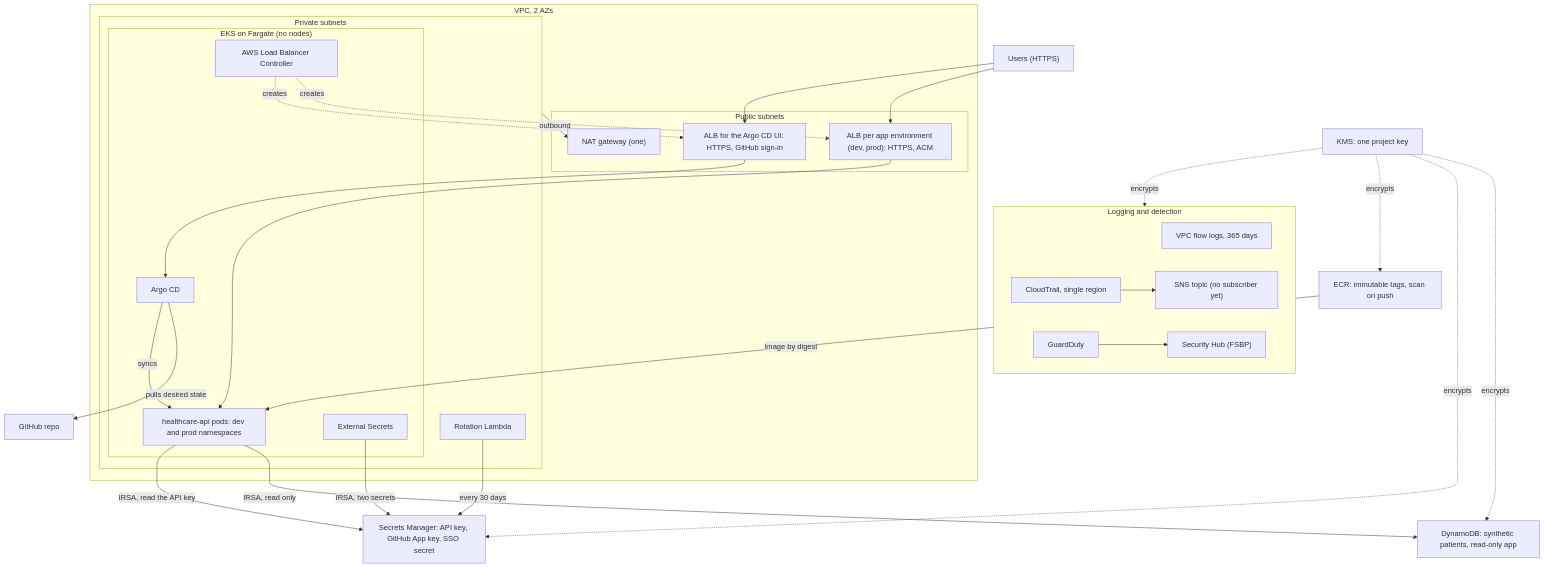
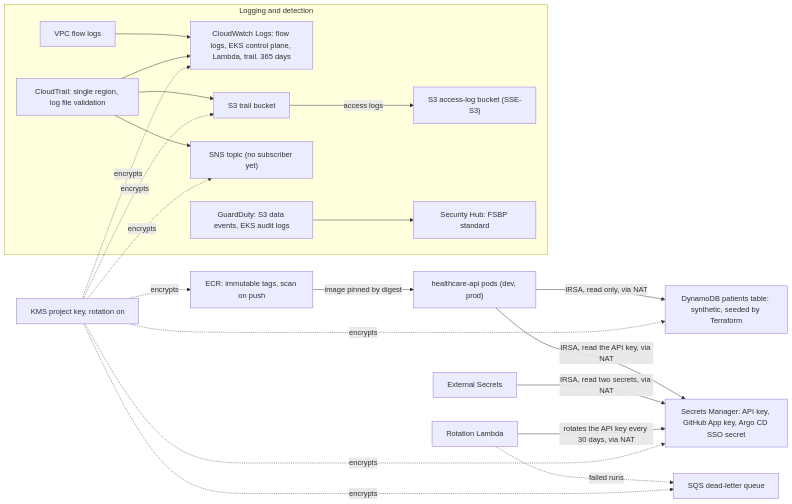
Before and after one commit to zeinhaidara/healthcare-eks-secops: the second of 5 diagrams in docs/architecture.md, drawn with Mermaid. The commit also changed other lines of this file and 2 other files, not shown here.

First line of the commit message:
docs: restore architecture detail and redraw diagrams to current state

````diff
--- a/docs/architecture.md
+++ b/docs/architecture.md
@@ -7,54 +50,43 @@
 ```mermaid
-flowchart TB
-    users["Users (HTTPS)"]
-    git["GitHub repo"]
+flowchart LR
+    pods["healthcare-api pods (dev, prod)"]
+    eso["External Secrets"]
+    rot["Rotation Lambda"]
 
-    subgraph vpc["VPC, 2 AZs"]
-        subgraph pub["Public subnets"]
-            albapp["ALB per app environment (dev, prod): HTTPS, ACM"]
-            albargo["ALB for the Argo CD UI: HTTPS, GitHub sign-in"]
-            nat["NAT gateway (one)"]
-        end
-        subgraph priv["Private subnets"]
-            subgraph eks["EKS on Fargate (no nodes)"]
-                lbc["AWS Load Balancer Controller"]
-                api["healthcare-api pods: dev and prod namespaces"]
-                argo["Argo CD"]
-                eso["External Secrets"]
-            end
-            rot["Rotation Lambda"]
-        end
+    ddb["DynamoDB patients table: synthetic, seeded by Terraform"]
+    sm["Secrets Manager: API key, GitHub App key, Argo CD SSO secret"]
+    ecr["ECR: immutable tags, scan on push"]
+    dlq["SQS dead-letter queue"]
+    kms["KMS project key, rotation on"]
+
+    subgraph det["Logging and detection"]
+        flow["VPC flow logs"]
+        cwl["CloudWatch Logs: flow logs, EKS control plane, Lambda, trail. 365 days"]
+        trail["CloudTrail: single region, log file validation"]
+        trailb["S3 trail bucket"]
+        accb["S3 access-log bucket (SSE-S3)"]
+        sns["SNS topic (no subscriber yet)"]
+        gd["GuardDuty: S3 data events, EKS audit logs"]
+        sh["Security Hub: FSBP standard"]
     end
 
-    ecr["ECR: immutable tags, scan on push"]
-    ddb["DynamoDB: synthetic patients, read-only app"]
-    sm["Secrets Manager: API key, GitHub App key, SSO secret"]
-    kms["KMS: one project key"]
-
-    subgraph det["Logging and detection"]
-        flow["VPC flow logs, 365 days"]
-        trail["CloudTrail, single region"]
-        gd["GuardDuty"]
-        sh["Security Hub (FSBP)"]
-        sns["SNS topic (no subscriber yet)"]
-    end
-
-    users --> albapp --> api
-    users --> albargo --> argo
-    lbc -. "creates" .-> albapp
-    lbc -. "creates" .-> albargo
-    argo -- "pulls desired state" --> git
-    argo -- "syncs" --> api
-    api -- "IRSA, read only" --> ddb
-    api -- "IRSA, read the API key" --> sm
-    eso -- "IRSA, two secrets" --> sm
-    ecr -- "image by digest" --> api
-    rot -- "every 30 days" --> sm
-    priv -- "outbound" --> nat
+    pods -- "IRSA, read only, via NAT" --> ddb
+    pods -- "IRSA, read the API key, via NAT" --> sm
+    eso -- "IRSA, read two secrets, via NAT" --> sm
+    ecr -- "image pinned by digest" --> pods
+    rot -- "rotates the API key every 30 days, via NAT" --> sm
+    rot -. "failed runs" .-> dlq
+    flow --> cwl
+    trail --> trailb
+    trail --> cwl
     trail --> sns
+    trailb -- "access logs" --> accb
     gd --> sh
     kms -. "encrypts" .-> ddb
     kms -. "encrypts" .-> sm
     kms -. "encrypts" .-> ecr
-    kms -. "encrypts" .-> det
+    kms -. "encrypts" .-> cwl
+    kms -. "encrypts" .-> trailb
+    kms -. "encrypts" .-> sns
+    kms -. "encrypts" .-> dlq
 ```
````
